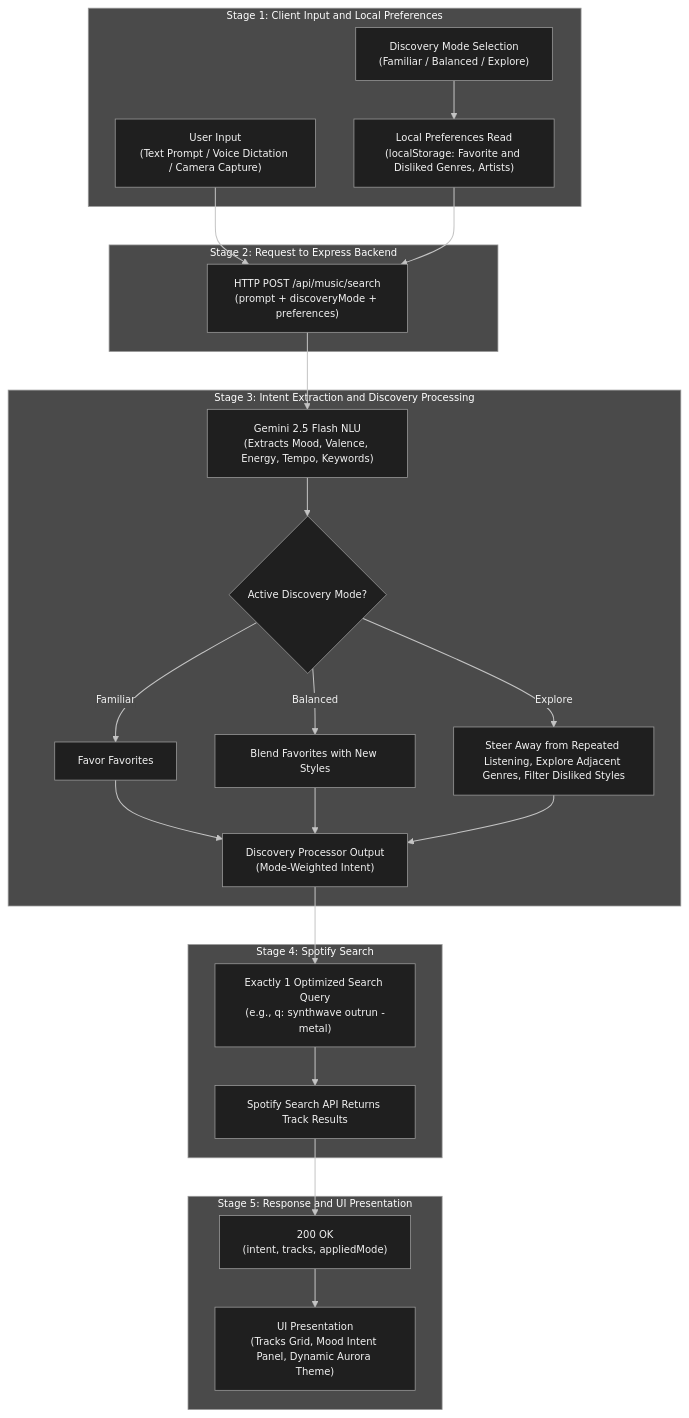
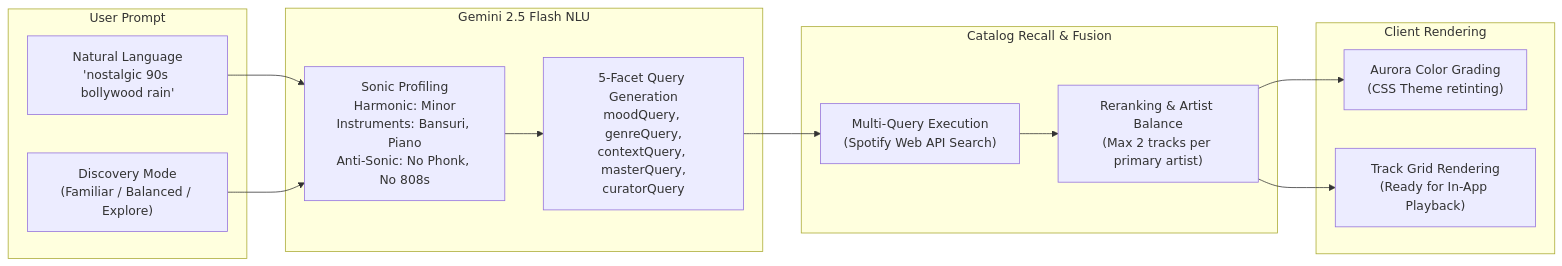
One commit to Ashutosh563/EchoRa changed the second of 4 diagrams in README.md. Above: the diagram before and after it, drawn with Mermaid. The commit also changed other lines of this file, not shown here.

Commit message:
docs: overhaul README with modern system architecture, stream sequence diagrams, and performance specs

````diff
--- a/README.md
+++ b/README.md
@@ -137,51 +106,24 @@
 ```mermaid
-%%{init: {'theme':'base','themeVariables':{'lineColor':'#c4c4c4','primaryTextColor':'#f2f2f2','edgeLabelBackground':'#4a4a4a','fontSize':'13px'}}}%%
-flowchart TD
- subgraph SA1["Stage 1: Client Input and Local Preferences"]
-  A1["User Input<br/>(Text Prompt / Voice Dictation / Camera Capture)"]
-  A2["Discovery Mode Selection<br/>(Familiar / Balanced / Explore)"]
-  A3["Local Preferences Read<br/>(localStorage: Favorite and Disliked Genres, Artists)"]
-  A2 --> A3
- end
- subgraph SA2["Stage 2: Request to Express Backend"]
-  B1["HTTP POST /api/music/search<br/>(prompt + discoveryMode + preferences)"]
- end
- subgraph SA3["Stage 3: Intent Extraction and Discovery Processing"]
-  C1["Gemini 2.5 Flash NLU<br/>(Extracts Mood, Valence, Energy, Tempo, Keywords)"]
-  C2{"Active Discovery Mode?"}
-  C3["Favor Favorites"]
-  C4["Blend Favorites with New Styles"]
-  C5["Steer Away from Repeated Listening, Explore Adjacent Genres, Filter Disliked Styles"]
-  C6["Discovery Processor Output<br/>(Mode-Weighted Intent)"]
- end
- subgraph SA4["Stage 4: Spotify Search"]
-  D1["Exactly 1 Optimized Search Query<br/>(e.g., q: synthwave outrun -metal)"]
-  D2["Spotify Search API Returns Track Results"]
- end
- subgraph SA5["Stage 5: Response and UI Presentation"]
-  E1["200 OK<br/>(intent, tracks, appliedMode)"]
-  E2["UI Presentation<br/>(Tracks Grid, Mood Intent Panel, Dynamic Aurora Theme)"]
- end
- A1 --> B1
- A3 --> B1
- B1 --> C1
- C1 --> C2
- C2 -->|Familiar| C3
- C2 -->|Balanced| C4
- C2 -->|Explore| C5
- C3 --> C6
- C4 --> C6
- C5 --> C6
- C6 --> D1
- D1 --> D2
- D2 --> E1
- E1 --> E2
- classDef n fill:#1f1f1f,stroke:#9a9a9a,color:#f2f2f2,stroke-width:1px
- class A1,A2,A3,B1,C1,C2,C3,C4,C5,C6,D1,D2,E1,E2 n
- style SA1 fill:#4a4a4a,stroke:#9a9a9a,color:#ffffff
- style SA2 fill:#4a4a4a,stroke:#9a9a9a,color:#ffffff
- style SA3 fill:#4a4a4a,stroke:#9a9a9a,color:#ffffff
- style SA4 fill:#4a4a4a,stroke:#9a9a9a,color:#ffffff
- style SA5 fill:#4a4a4a,stroke:#9a9a9a,color:#ffffff
- linkStyle default stroke:#c4c4c4,stroke-width:1.3px
+flowchart LR
+  subgraph INPUT["User Prompt"]
+    P1["Natural Language<br/>'nostalgic 90s bollywood rain'"]
+    P2["Discovery Mode<br/>(Familiar / Balanced / Explore)"]
+  end
+
+  subgraph GEMINI["Gemini 2.5 Flash NLU"]
+    G1["Sonic Profiling<br/>Harmonic: Minor<br/>Instruments: Bansuri, Piano<br/>Anti-Sonic: No Phonk, No 808s"]
+    G2["5-Facet Query Generation<br/>moodQuery, genreQuery,<br/>contextQuery, masterQuery,<br/>curatorQuery"]
+  end
+
+  subgraph SPOTIFY["Catalog Recall & Fusion"]
+    S1["Multi-Query Execution<br/>(Spotify Web API Search)"]
+    S2["Reranking & Artist Balance<br/>(Max 2 tracks per primary artist)"]
+  end
+
+  subgraph CLIENT["Client Rendering"]
+    C1["Aurora Color Grading<br/>(CSS Theme retinting)"]
+    C2["Track Grid Rendering<br/>(Ready for In-App Playback)"]
+  end
+
+  P1 & P2 --> G1 --> G2 --> S1 --> S2 --> C1 & C2
 ```
````
